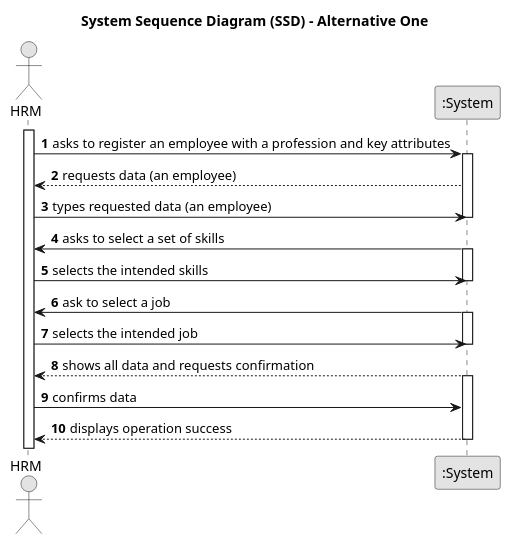
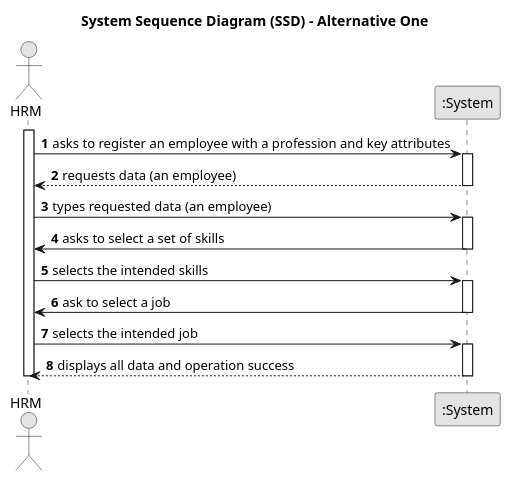
The diagram in Sprint B/docs/SprintB/us003/01.requirements-engineering/puml/us003-system-sequence-diagram-alternative-one.puml (Departamento-de-Engenharia-Informatica/lei-24-s2-1df-1de-g063), drawn with PlantUML before and after one commit. The commit also changed 2 other files, not shown here.

```diff
--- a/Sprint B/docs/SprintB/us003/01.requirements-engineering/puml/us003-system-sequence-diagram-alternative-one.puml
+++ b/Sprint B/docs/SprintB/us003/01.requirements-engineering/puml/us003-system-sequence-diagram-alternative-one.puml
@@ -1,45 +1,34 @@
 @startuml
 skinparam monochrome true
 skinparam packageStyle rectangle
 skinparam shadowing false
 
 title System Sequence Diagram (SSD) - Alternative One
 
 autonumber
 
 actor "HRM" as HRM
 participant ":System" as System
 
 activate HRM
 
     HRM -> System : asks to register an employee with a profession and key attributes
+    activate System
+    System --> HRM : requests data (an employee)
+    deactivate System
+    HRM -> System : types requested data (an employee)
+    activate System
+    System -> HRM : asks to select a set of skills
+    deactivate System
+    HRM -> System : selects the intended skills
+    activate System
+    System -> HRM : ask to select a job
+    deactivate System
+    HRM -> System : selects the intended job
+    activate System
+           System --> HRM : displays all data and operation success
+   deactivate System
 
-    activate System
-
-        System --> HRM : requests data (an employee)
-
-    HRM -> System : types requested data (an employee)
-    deactivate System
-
-
-    System -> HRM : asks to select a set of skills
-     activate System
-    HRM -> System : selects the intended skills
-    deactivate System
-
-
-
-    System -> HRM : ask to select a job
-       activate System
-    HRM -> System : selects the intended job
-    deactivate System
-
-
-        System --> HRM : shows all data and requests confirmation
-    activate System
-    HRM -> System : confirms data
-
-        System --> HRM : displays operation success
-    deactivate System
+deactivate HRM
 
 @enduml
```
